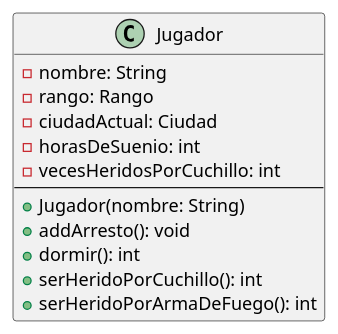
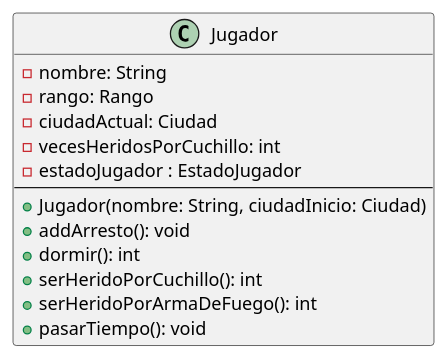
Before and after one commit to alexguttlein/TP2-CarmenSandiego: the diagram in diagrams/classes/Entrega1/claseJugador.puml, drawn with PlantUML. The commit also changed 12 other files, not shown here.

```diff
--- a/diagrams/classes/Entrega1/claseJugador.puml
+++ b/diagrams/classes/Entrega1/claseJugador.puml
@@ -1,17 +1,21 @@
 @startuml
 
 class Jugador {
     -nombre: String
     -rango: Rango
     -ciudadActual: Ciudad
-    -horasDeSuenio: int
+    '-horasDeSuenio: int
     -vecesHeridosPorCuchillo: int
+    -estadoJugador : EstadoJugador
     --
-    +Jugador(nombre: String)
+    +Jugador(nombre: String, ciudadInicio: Ciudad)
     +addArresto(): void
     +dormir(): int
     +serHeridoPorCuchillo(): int
     +serHeridoPorArmaDeFuego(): int
+    +pasarTiempo(): void
 }
 
+'El horario no va más
+
 @enduml
```
